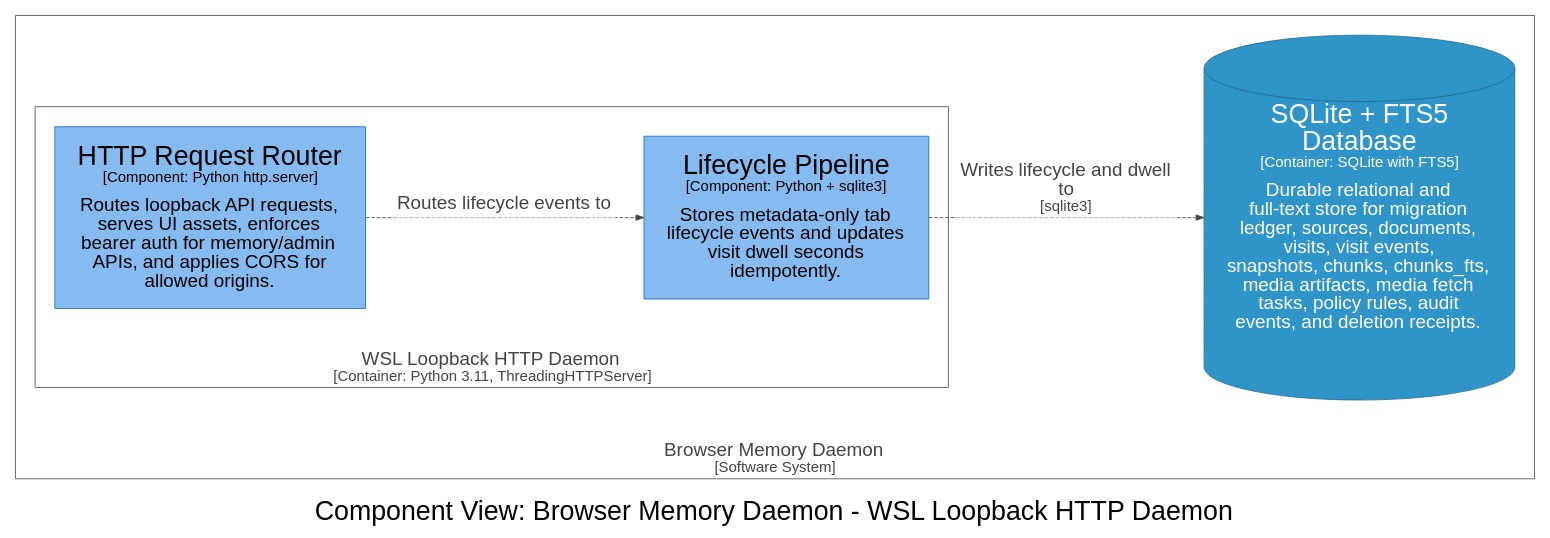
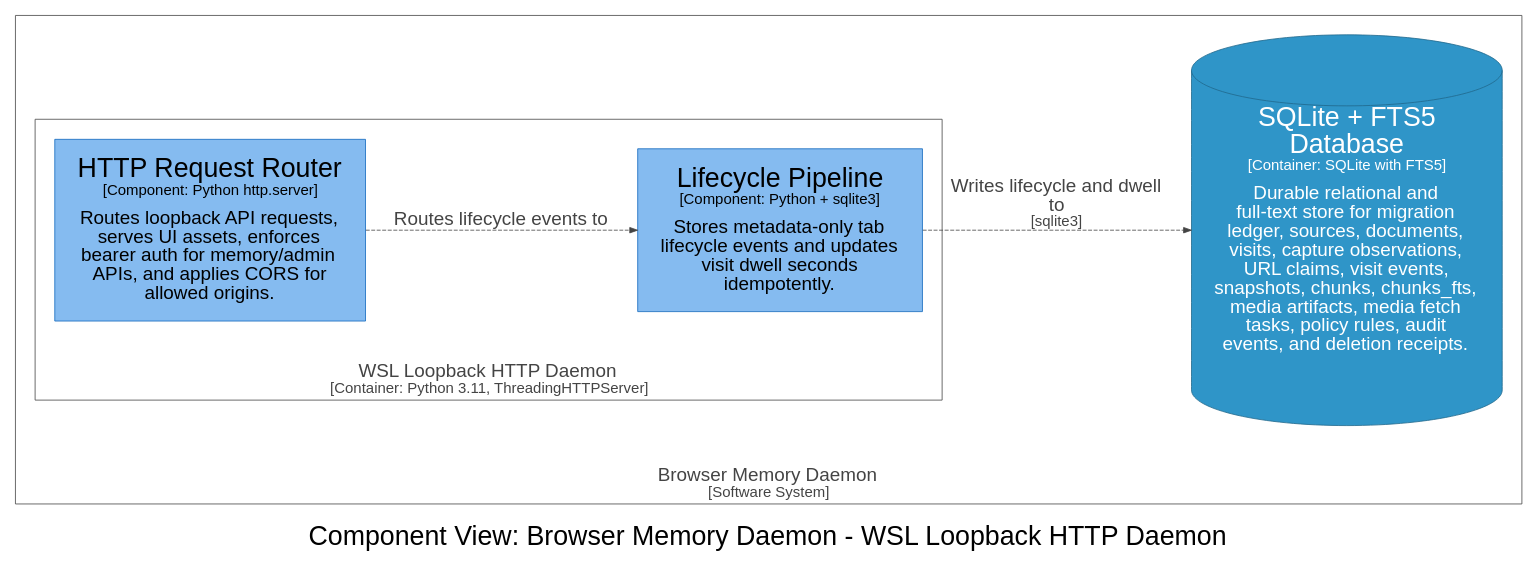
Before and after one commit to michaelnicks0/browser-memory-daemon: the diagram in docs/architecture/diagrams/dot/structurizr-DaemonLifecycleComponents.dot, drawn with Graphviz. The commit also changed 162 other files, not shown here.

Commit message:
feat(model): add capture observations and URL claims

```diff
--- a/docs/architecture/diagrams/dot/structurizr-DaemonLifecycleComponents.dot
+++ b/docs/architecture/diagrams/dot/structurizr-DaemonLifecycleComponents.dot
@@ -1,34 +1,34 @@
 digraph {
   compound=true
   graph [fontname="Arial", rankdir=LR, ranksep=1.0, nodesep=1.0]
   node [fontname="Arial", shape=box, margin="0.4,0.3"]
   edge [fontname="Arial"]
   label=<<br /><font point-size="34">Component View: Browser Memory Daemon - WSL Loopback HTTP Daemon</font>>
 
   subgraph cluster_4 {
     margin=25
     label=<<font point-size="24"><br />Browser Memory Daemon</font><br /><font point-size="19">[Software System]</font>>
     labelloc=b
     color="#444444"
     fontcolor="#444444"
     fillcolor="#444444"
 
     subgraph cluster_14 {
       margin=25
       label=<<font point-size="24"><br />WSL Loopback HTTP Daemon</font><br /><font point-size="19">[Container: Python 3.11, ThreadingHTTPServer]</font>>
       labelloc=b
       color="#444444"
       fontcolor="#444444"
       fillcolor="#444444"
 
       15 [id=15,shape=rect, label=<<font point-size="34">HTTP Request Router</font><br /><font point-size="19">[Component: Python http.server]</font><br /><br /><font point-size="24">Routes loopback API requests,<br />serves UI assets, enforces<br />bearer auth for memory/admin<br />APIs, and applies CORS for<br />allowed origins.</font>>, style=filled, color="#1168bd", fillcolor="#85bbf0", fontcolor="#000000"]
       20 [id=20,shape=rect, label=<<font point-size="34">Lifecycle Pipeline</font><br /><font point-size="19">[Component: Python + sqlite3]</font><br /><br /><font point-size="24">Stores metadata-only tab<br />lifecycle events and updates<br />visit dwell seconds<br />idempotently.</font>>, style=filled, color="#1168bd", fillcolor="#85bbf0", fontcolor="#000000"]
     }
 
-    28 [id=28,shape=cylinder, label=<<font point-size="34">SQLite + FTS5<br />Database</font><br /><font point-size="19">[Container: SQLite with FTS5]</font><br /><br /><font point-size="24">Durable relational and<br />full-text store for migration<br />ledger, sources, documents,<br />visits, visit events,<br />snapshots, chunks, chunks_fts,<br />media artifacts, media fetch<br />tasks, policy rules, audit<br />events, and deletion receipts.</font>>, style=filled, color="#20688c", fillcolor="#2f95c8", fontcolor="#ffffff"]
+    28 [id=28,shape=cylinder, label=<<font point-size="34">SQLite + FTS5<br />Database</font><br /><font point-size="19">[Container: SQLite with FTS5]</font><br /><br /><font point-size="24">Durable relational and<br />full-text store for migration<br />ledger, sources, documents,<br />visits, capture observations,<br />URL claims, visit events,<br />snapshots, chunks, chunks_fts,<br />media artifacts, media fetch<br />tasks, policy rules, audit<br />events, and deletion receipts.</font>>, style=filled, color="#20688c", fillcolor="#2f95c8", fontcolor="#ffffff"]
   }
 
-  15 -> 20 [id=66, label=<<TABLE BORDER="0" CELLBORDER="0" CELLSPACING="0" CELLPADDING="4" BGCOLOR="white"><TR><TD><font point-size="24">Routes lifecycle events to</font></TD></TR></TABLE>>, style="dashed", color="#444444", fontcolor="#444444"]
-  20 -> 28 [id=75, label=<<TABLE BORDER="0" CELLBORDER="0" CELLSPACING="0" CELLPADDING="4" BGCOLOR="white"><TR><TD><font point-size="24">Writes lifecycle and dwell<br />to</font><br /><font point-size="19">[sqlite3]</font></TD></TR></TABLE>>, style="dashed", color="#444444", fontcolor="#444444"]
+  15 -> 20 [id=66, label=<<font point-size="24">Routes lifecycle events to</font>>, style="dashed", color="#444444", fontcolor="#444444"]
+  20 -> 28 [id=75, label=<<font point-size="24">Writes lifecycle and dwell<br />to</font><br /><font point-size="19">[sqlite3]</font>>, style="dashed", color="#444444", fontcolor="#444444"]
 
 }
```
